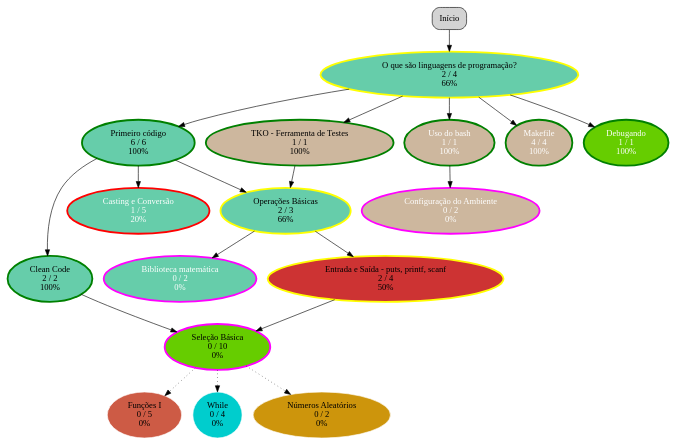
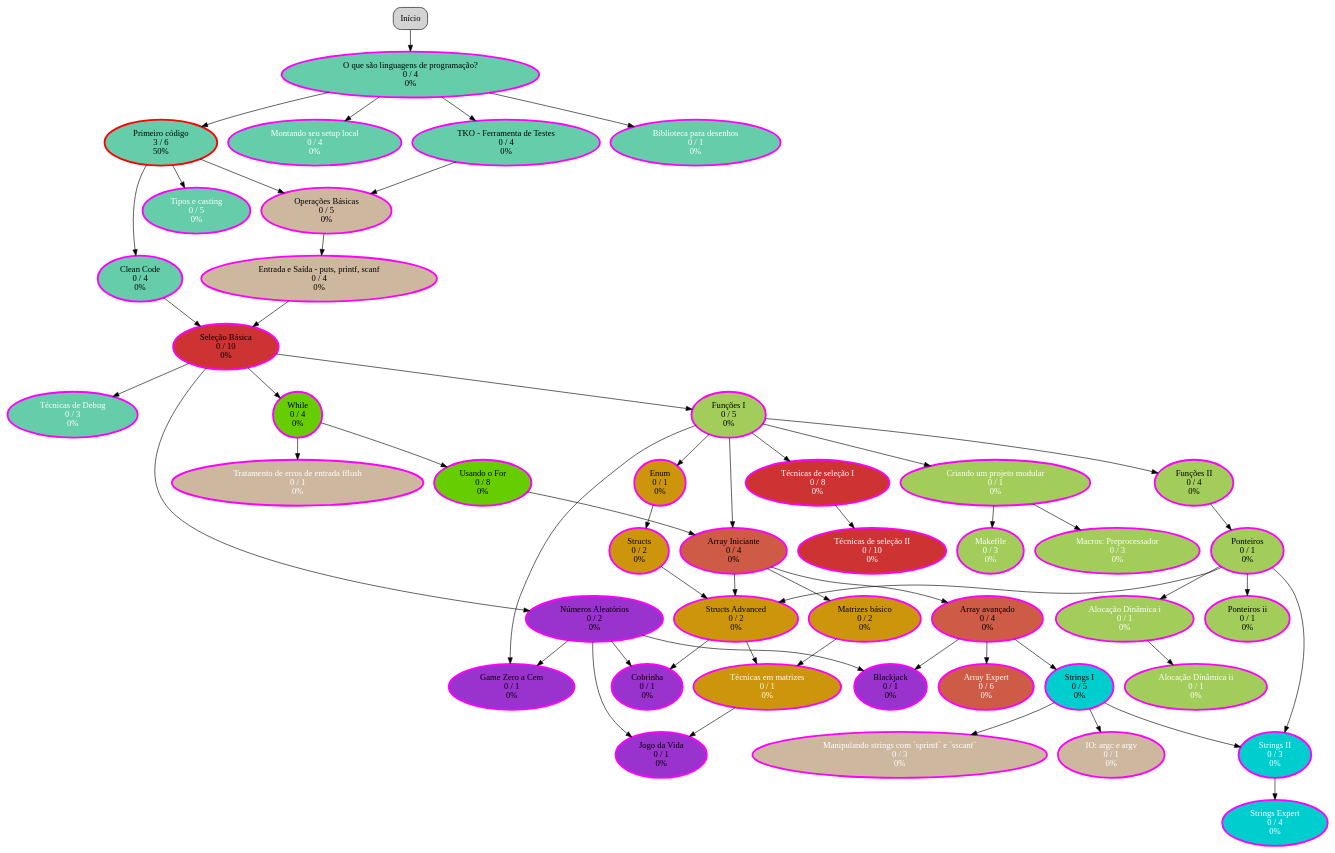
Before and after one commit to senapk/tko: the diagram in graph.dot, drawn with Graphviz. The commit also changed 7 other files, not shown here.

```diff
--- a/graph.dot
+++ b/graph.dot
@@ -1,88 +1,250 @@
 digraph diag {
   node [penwidth=1, style="rounded,filled", shape=box]
-  "Início" -> "O que são linguagens de programação?\n2 / 4
-66%"
-  "O que são linguagens de programação?\n2 / 4
-66%" -> "Primeiro código\n6 / 6
-100%" 
-  "Primeiro código\n6 / 6
-100%" -> "Clean Code\n2 / 2
-100%" 
-  "Primeiro código\n6 / 6
-100%" -> "Casting e Conversão\n1 / 5
-20%" 
-  "Primeiro código\n6 / 6
-100%" -> "Operações Básicas\n2 / 3
-66%" 
-  "TKO - Ferramenta de Testes\n1 / 1
-100%" -> "Operações Básicas\n2 / 3
-66%" 
-  "Operações Básicas\n2 / 3
-66%" -> "Biblioteca matemática\n0 / 2
+  "Início" -> "O que são linguagens de programação?\n0 / 4
+0%"
+  "O que são linguagens de programação?\n0 / 4
+0%" -> "Primeiro código\n3 / 6
+50%" 
+  "O que são linguagens de programação?\n0 / 4
+0%" -> "Montando seu setup local\n0 / 4
 0%" 
-  "O que são linguagens de programação?\n2 / 4
-66%" -> "Uso do bash\n1 / 1
-100%" 
-  "Uso do bash\n1 / 1
-100%" -> "Configuração do Ambiente\n0 / 2
+  "O que são linguagens de programação?\n0 / 4
+0%" -> "TKO - Ferramenta de Testes\n0 / 4
 0%" 
-  "O que são linguagens de programação?\n2 / 4
-66%" -> "Makefile\n4 / 4
-100%" 
-  "O que são linguagens de programação?\n2 / 4
-66%" -> "TKO - Ferramenta de Testes\n1 / 1
-100%" 
-  "Operações Básicas\n2 / 3
-66%" -> "Entrada e Saída - puts, printf, scanf\n2 / 4
-50%" 
-  "Entrada e Saída - puts, printf, scanf\n2 / 4
-50%" -> "Seleção Básica\n0 / 10
+  "O que são linguagens de programação?\n0 / 4
+0%" -> "Biblioteca para desenhos\n0 / 1
 0%" 
-  "Clean Code\n2 / 2
-100%" -> "Seleção Básica\n0 / 10
+  "Seleção Básica\n0 / 10
+0%" -> "Técnicas de Debug\n0 / 3
 0%" 
-  "O que são linguagens de programação?\n2 / 4
-66%" -> "Debugando\n1 / 1
-100%" 
+  "Primeiro código\n3 / 6
+50%" -> "Clean Code\n0 / 4
+0%" 
+  "Primeiro código\n3 / 6
+50%" -> "Tipos e casting\n0 / 5
+0%" 
+  "Primeiro código\n3 / 6
+50%" -> "Operações Básicas\n0 / 5
+0%" 
+  "TKO - Ferramenta de Testes\n0 / 4
+0%" -> "Operações Básicas\n0 / 5
+0%" 
+  "Operações Básicas\n0 / 5
+0%" -> "Entrada e Saída - puts, printf, scanf\n0 / 4
+0%" 
+  "Strings I\n0 / 5
+0%" -> "Manipulando strings com `sprintf` e `sscanf`\n0 / 3
+0%" 
+  "While\n0 / 4
+0%" -> "Tratamento de erros de entrada fflush\n0 / 1
+0%" 
+  "Strings I\n0 / 5
+0%" -> "IO: argc e argv\n0 / 1
+0%" 
+  "Entrada e Saída - puts, printf, scanf\n0 / 4
+0%" -> "Seleção Básica\n0 / 10
+0%" 
+  "Clean Code\n0 / 4
+0%" -> "Seleção Básica\n0 / 10
+0%" 
+  "Funções I\n0 / 5
+0%" -> "Técnicas de seleção I\n0 / 8
+0%" 
+  "Técnicas de seleção I\n0 / 8
+0%" -> "Técnicas de seleção II\n0 / 10
+0%" 
+  "Seleção Básica\n0 / 10
+0%" -> "While\n0 / 4
+0%" 
+  "While\n0 / 4
+0%" -> "Usando o For\n0 / 8
+0%" 
+  "Usando o For\n0 / 8
+0%" -> "Array Iniciante\n0 / 4
+0%" 
+  "Funções I\n0 / 5
+0%" -> "Array Iniciante\n0 / 4
+0%" 
+  "Array Iniciante\n0 / 4
+0%" -> "Array avançado\n0 / 4
+0%" 
+  "Array avançado\n0 / 4
+0%" -> "Array Expert\n0 / 6
+0%" 
+  "Array avançado\n0 / 4
+0%" -> "Strings I\n0 / 5
+0%" 
+  "Strings I\n0 / 5
+0%" -> "Strings II\n0 / 3
+0%" 
+  "Ponteiros\n0 / 1
+0%" -> "Strings II\n0 / 3
+0%" 
+  "Strings II\n0 / 3
+0%" -> "Strings Expert\n0 / 4
+0%" 
+  "Funções I\n0 / 5
+0%" -> "Enum\n0 / 1
+0%" 
+  "Enum\n0 / 1
+0%" -> "Structs\n0 / 2
+0%" 
+  "Ponteiros\n0 / 1
+0%" -> "Structs Advanced\n0 / 2
+0%" 
+  "Array Iniciante\n0 / 4
+0%" -> "Structs Advanced\n0 / 2
+0%" 
+  "Structs\n0 / 2
+0%" -> "Structs Advanced\n0 / 2
+0%" 
+  "Array Iniciante\n0 / 4
+0%" -> "Matrizes básico\n0 / 2
+0%" 
+  "Matrizes básico\n0 / 2
+0%" -> "Técnicas em matrizes\n0 / 1
+0%" 
+  "Structs Advanced\n0 / 2
+0%" -> "Técnicas em matrizes\n0 / 1
+0%" 
   "Seleção Básica\n0 / 10
 0%" -> "Funções I\n0 / 5
-0%" [style=dotted]
-  "Seleção Básica\n0 / 10
-0%" -> "While\n0 / 4
-0%" [style=dotted]
+0%" 
+  "Funções I\n0 / 5
+0%" -> "Funções II\n0 / 4
+0%" 
+  "Funções I\n0 / 5
+0%" -> "Criando um projeto modular\n0 / 1
+0%" 
+  "Criando um projeto modular\n0 / 1
+0%" -> "Makefile\n0 / 3
+0%" 
+  "Criando um projeto modular\n0 / 1
+0%" -> "Macros: Preprocessador\n0 / 3
+0%" 
+  "Funções II\n0 / 4
+0%" -> "Ponteiros\n0 / 1
+0%" 
+  "Ponteiros\n0 / 1
+0%" -> "Ponteiros ii\n0 / 1
+0%" 
+  "Ponteiros\n0 / 1
+0%" -> "Alocação Dinâmica i\n0 / 1
+0%" 
+  "Alocação Dinâmica i\n0 / 1
+0%" -> "Alocação Dinâmica ii\n0 / 1
+0%" 
   "Seleção Básica\n0 / 10
 0%" -> "Números Aleatórios\n0 / 2
-0%" [style=dotted]
-  "O que são linguagens de programação?\n2 / 4
-66%" [shape=ellipse, color=yellow, penwidth=3, fillcolor=aquamarine3, style=filled, fontcolor=black]
-  "Primeiro código\n6 / 6
-100%" [shape=ellipse, color=green, penwidth=3, fillcolor=aquamarine3, style=filled, fontcolor=black]
-  "Clean Code\n2 / 2
-100%" [shape=ellipse, color=green, penwidth=3, fillcolor=aquamarine3, style=filled, fontcolor=black]
-  "Casting e Conversão\n1 / 5
-20%" [shape=ellipse, color=red, penwidth=3, fillcolor=aquamarine3, style=filled, fontcolor=white]
-  "Operações Básicas\n2 / 3
-66%" [shape=ellipse, color=yellow, penwidth=3, fillcolor=aquamarine3, style=filled, fontcolor=black]
-  "Biblioteca matemática\n0 / 2
+0%" 
+  "Números Aleatórios\n0 / 2
+0%" -> "Game Zero a Cem\n0 / 1
+0%" 
+  "Funções I\n0 / 5
+0%" -> "Game Zero a Cem\n0 / 1
+0%" 
+  "Números Aleatórios\n0 / 2
+0%" -> "Jogo da Vida\n0 / 1
+0%" 
+  "Técnicas em matrizes\n0 / 1
+0%" -> "Jogo da Vida\n0 / 1
+0%" 
+  "Números Aleatórios\n0 / 2
+0%" -> "Blackjack\n0 / 1
+0%" 
+  "Array avançado\n0 / 4
+0%" -> "Blackjack\n0 / 1
+0%" 
+  "Números Aleatórios\n0 / 2
+0%" -> "Cobrinha\n0 / 1
+0%" 
+  "Structs Advanced\n0 / 2
+0%" -> "Cobrinha\n0 / 1
+0%" 
+  "O que são linguagens de programação?\n0 / 4
+0%" [shape=ellipse, color=magenta, penwidth=3, fillcolor=aquamarine3, style=filled, fontcolor=black]
+  "Primeiro código\n3 / 6
+50%" [shape=ellipse, color=red, penwidth=3, fillcolor=aquamarine3, style=filled, fontcolor=black]
+  "Montando seu setup local\n0 / 4
 0%" [shape=ellipse, color=magenta, penwidth=3, fillcolor=aquamarine3, style=filled, fontcolor=white]
-  "Uso do bash\n1 / 1
-100%" [shape=ellipse, color=green, penwidth=3, fillcolor=bisque3, style=filled, fontcolor=white]
-  "Configuração do Ambiente\n0 / 2
+  "TKO - Ferramenta de Testes\n0 / 4
+0%" [shape=ellipse, color=magenta, penwidth=3, fillcolor=aquamarine3, style=filled, fontcolor=black]
+  "Biblioteca para desenhos\n0 / 1
+0%" [shape=ellipse, color=magenta, penwidth=3, fillcolor=aquamarine3, style=filled, fontcolor=white]
+  "Técnicas de Debug\n0 / 3
+0%" [shape=ellipse, color=magenta, penwidth=3, fillcolor=aquamarine3, style=filled, fontcolor=white]
+  "Clean Code\n0 / 4
+0%" [shape=ellipse, color=magenta, penwidth=3, fillcolor=aquamarine3, style=filled, fontcolor=black]
+  "Tipos e casting\n0 / 5
+0%" [shape=ellipse, color=magenta, penwidth=3, fillcolor=aquamarine3, style=filled, fontcolor=white]
+  "Operações Básicas\n0 / 5
+0%" [shape=ellipse, color=magenta, penwidth=3, fillcolor=bisque3, style=filled, fontcolor=black]
+  "Entrada e Saída - puts, printf, scanf\n0 / 4
+0%" [shape=ellipse, color=magenta, penwidth=3, fillcolor=bisque3, style=filled, fontcolor=black]
+  "Manipulando strings com `sprintf` e `sscanf`\n0 / 3
 0%" [shape=ellipse, color=magenta, penwidth=3, fillcolor=bisque3, style=filled, fontcolor=white]
-  "Makefile\n4 / 4
-100%" [shape=ellipse, color=green, penwidth=3, fillcolor=bisque3, style=filled, fontcolor=white]
-  "TKO - Ferramenta de Testes\n1 / 1
-100%" [shape=ellipse, color=green, penwidth=3, fillcolor=bisque3, style=filled, fontcolor=black]
-  "Entrada e Saída - puts, printf, scanf\n2 / 4
-50%" [shape=ellipse, color=yellow, penwidth=3, fillcolor=brown3, style=filled, fontcolor=black]
+  "Tratamento de erros de entrada fflush\n0 / 1
+0%" [shape=ellipse, color=magenta, penwidth=3, fillcolor=bisque3, style=filled, fontcolor=white]
+  "IO: argc e argv\n0 / 1
+0%" [shape=ellipse, color=magenta, penwidth=3, fillcolor=bisque3, style=filled, fontcolor=white]
   "Seleção Básica\n0 / 10
+0%" [shape=ellipse, color=magenta, penwidth=3, fillcolor=brown3, style=filled, fontcolor=black]
+  "Técnicas de seleção I\n0 / 8
+0%" [shape=ellipse, color=magenta, penwidth=3, fillcolor=brown3, style=filled, fontcolor=white]
+  "Técnicas de seleção II\n0 / 10
+0%" [shape=ellipse, color=magenta, penwidth=3, fillcolor=brown3, style=filled, fontcolor=white]
+  "While\n0 / 4
 0%" [shape=ellipse, color=magenta, penwidth=3, fillcolor=chartreuse3, style=filled, fontcolor=black]
-  "Debugando\n1 / 1
-100%" [shape=ellipse, color=green, penwidth=3, fillcolor=chartreuse3, style=filled, fontcolor=white]
+  "Usando o For\n0 / 8
+0%" [shape=ellipse, color=magenta, penwidth=3, fillcolor=chartreuse3, style=filled, fontcolor=black]
+  "Array Iniciante\n0 / 4
+0%" [shape=ellipse, color=magenta, penwidth=3, fillcolor=coral3, style=filled, fontcolor=black]
+  "Array avançado\n0 / 4
+0%" [shape=ellipse, color=magenta, penwidth=3, fillcolor=coral3, style=filled, fontcolor=black]
+  "Array Expert\n0 / 6
+0%" [shape=ellipse, color=magenta, penwidth=3, fillcolor=coral3, style=filled, fontcolor=white]
+  "Strings I\n0 / 5
+0%" [shape=ellipse, color=magenta, penwidth=3, fillcolor=cyan3, style=filled, fontcolor=black]
+  "Strings II\n0 / 3
+0%" [shape=ellipse, color=magenta, penwidth=3, fillcolor=cyan3, style=filled, fontcolor=white]
+  "Strings Expert\n0 / 4
+0%" [shape=ellipse, color=magenta, penwidth=3, fillcolor=cyan3, style=filled, fontcolor=white]
+  "Enum\n0 / 1
+0%" [shape=ellipse, color=magenta, penwidth=3, fillcolor=darkgoldenrod3, style=filled, fontcolor=black]
+  "Structs\n0 / 2
+0%" [shape=ellipse, color=magenta, penwidth=3, fillcolor=darkgoldenrod3, style=filled, fontcolor=black]
+  "Structs Advanced\n0 / 2
+0%" [shape=ellipse, color=magenta, penwidth=3, fillcolor=darkgoldenrod3, style=filled, fontcolor=black]
+  "Matrizes básico\n0 / 2
+0%" [shape=ellipse, color=magenta, penwidth=3, fillcolor=darkgoldenrod3, style=filled, fontcolor=black]
+  "Técnicas em matrizes\n0 / 1
+0%" [shape=ellipse, color=magenta, penwidth=3, fillcolor=darkgoldenrod3, style=filled, fontcolor=white]
   "Funções I\n0 / 5
-0%" [shape=ellipse, color=white, penwidth=1, fillcolor=coral3, style=filled, fontcolor=black]
-  "While\n0 / 4
-0%" [shape=ellipse, color=white, penwidth=1, fillcolor=cyan3, style=filled, fontcolor=black]
+0%" [shape=ellipse, color=magenta, penwidth=3, fillcolor=darkolivegreen3, style=filled, fontcolor=black]
+  "Funções II\n0 / 4
+0%" [shape=ellipse, color=magenta, penwidth=3, fillcolor=darkolivegreen3, style=filled, fontcolor=black]
+  "Criando um projeto modular\n0 / 1
+0%" [shape=ellipse, color=magenta, penwidth=3, fillcolor=darkolivegreen3, style=filled, fontcolor=white]
+  "Makefile\n0 / 3
+0%" [shape=ellipse, color=magenta, penwidth=3, fillcolor=darkolivegreen3, style=filled, fontcolor=white]
+  "Macros: Preprocessador\n0 / 3
+0%" [shape=ellipse, color=magenta, penwidth=3, fillcolor=darkolivegreen3, style=filled, fontcolor=white]
+  "Ponteiros\n0 / 1
+0%" [shape=ellipse, color=magenta, penwidth=3, fillcolor=darkolivegreen3, style=filled, fontcolor=black]
+  "Ponteiros ii\n0 / 1
+0%" [shape=ellipse, color=magenta, penwidth=3, fillcolor=darkolivegreen3, style=filled, fontcolor=black]
+  "Alocação Dinâmica i\n0 / 1
+0%" [shape=ellipse, color=magenta, penwidth=3, fillcolor=darkolivegreen3, style=filled, fontcolor=white]
+  "Alocação Dinâmica ii\n0 / 1
+0%" [shape=ellipse, color=magenta, penwidth=3, fillcolor=darkolivegreen3, style=filled, fontcolor=white]
   "Números Aleatórios\n0 / 2
-0%" [shape=ellipse, color=white, penwidth=1, fillcolor=darkgoldenrod3, style=filled, fontcolor=black]
+0%" [shape=ellipse, color=magenta, penwidth=3, fillcolor=darkorchid3, style=filled, fontcolor=black]
+  "Game Zero a Cem\n0 / 1
+0%" [shape=ellipse, color=magenta, penwidth=3, fillcolor=darkorchid3, style=filled, fontcolor=black]
+  "Jogo da Vida\n0 / 1
+0%" [shape=ellipse, color=magenta, penwidth=3, fillcolor=darkorchid3, style=filled, fontcolor=black]
+  "Blackjack\n0 / 1
+0%" [shape=ellipse, color=magenta, penwidth=3, fillcolor=darkorchid3, style=filled, fontcolor=black]
+  "Cobrinha\n0 / 1
+0%" [shape=ellipse, color=magenta, penwidth=3, fillcolor=darkorchid3, style=filled, fontcolor=black]
 }
```
